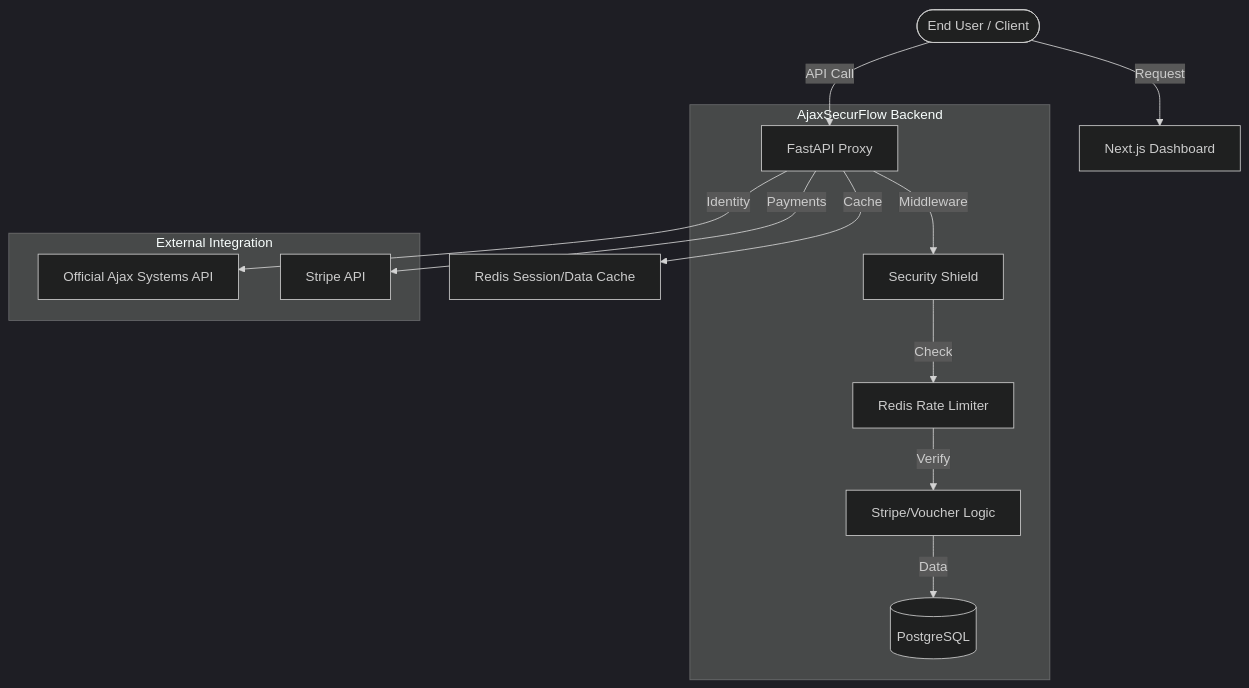
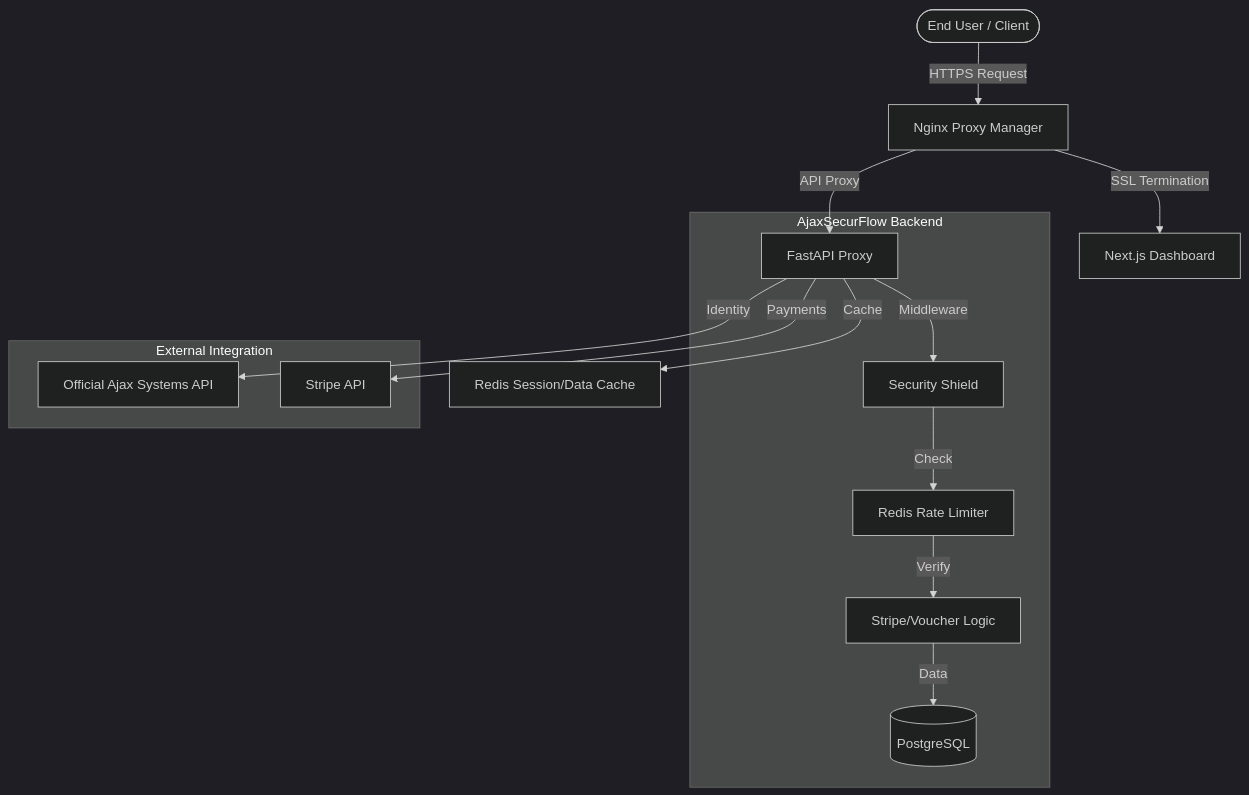
One commit to virapa/AjaxSecurFlow changed the diagram in docs/ARCHITECTURE.md. Above: the diagram before and after it, drawn with Mermaid (dark theme). The commit also changed other lines of this file and 3 other files, not shown here.

Commit message:
docs: Add comprehensive architecture and security documentation and refactor Docker network names.

````diff
--- a/docs/ARCHITECTURE.md
+++ b/docs/ARCHITECTURE.md
@@ -9,19 +9,20 @@
 ```mermaid
 graph TD
-    User([End User / Client]) -->|Request| Frontend[Next.js Dashboard]
-    User -->|API Call| Backend[FastAPI Proxy]
+    User([End User / Client]) -->|HTTPS Request| NPM[Nginx Proxy Manager]
+    NPM -->|SSL Termination| Frontend[Next.js Dashboard]
+    NPM -->|API Proxy| Backend[FastAPI Proxy]
     
     subgraph "AjaxSecurFlow Backend"
         Backend -->|Middleware| Shield[Security Shield]
         Shield -->|Check| RateLimiter[Redis Rate Limiter]
         RateLimiter -->|Verify| Subs[Stripe/Voucher Logic]
         Subs -->|Data| DB[(PostgreSQL)]
     end
     
     subgraph "External Integration"
         Backend -->|Identity| AjaxAPI[Official Ajax Systems API]
         Backend -->|Payments| Stripe[Stripe API]
     end
     
     Backend -->|Cache| RedisCache[Redis Session/Data Cache]
 ```
````
